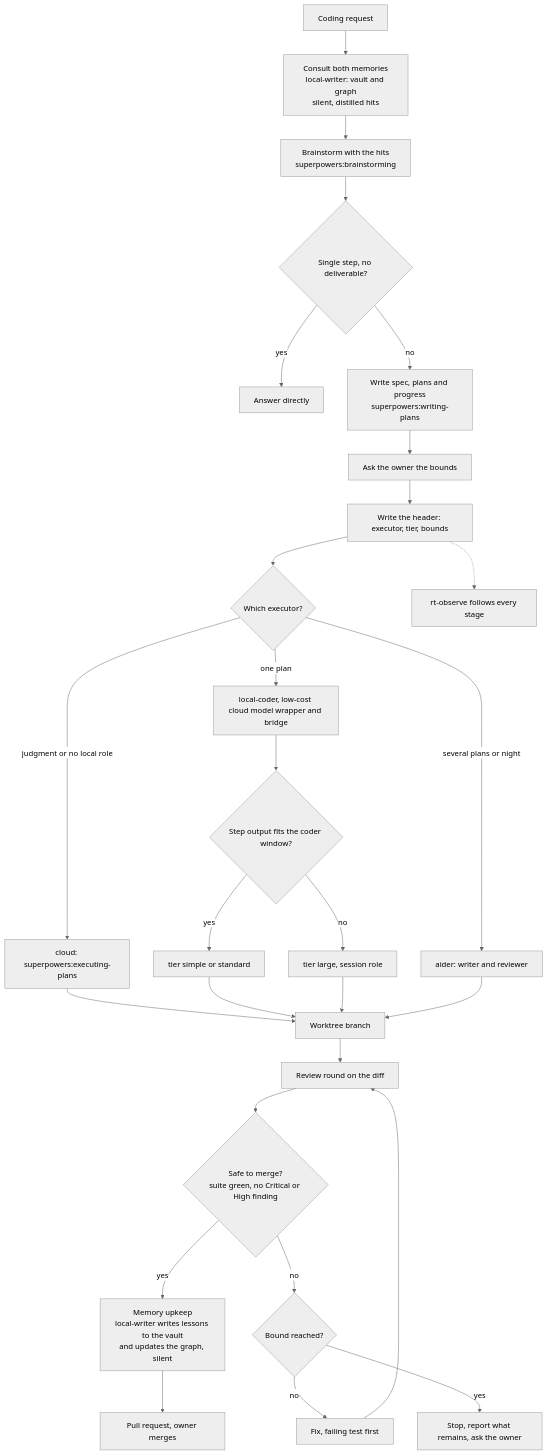
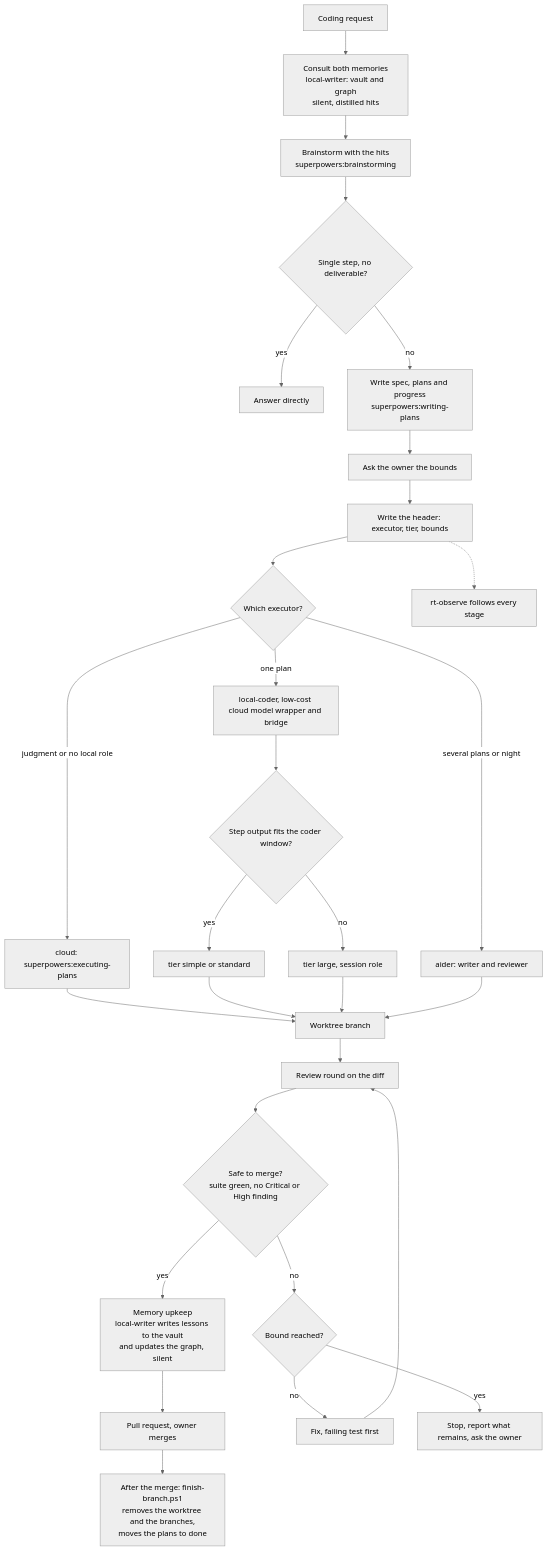
Before and after one commit to LARi-UQAC/ResearchTools: the diagram in docs/manual/diagrams/local-coding-flow.mmd, drawn with Mermaid (neutral theme). The commit also changed 5 other files, not shown here.

First line of the commit message:
docs(manual): run-all-checks in the update procedure, finish-branch in the flow

```diff
--- a/docs/manual/diagrams/local-coding-flow.mmd
+++ b/docs/manual/diagrams/local-coding-flow.mmd
@@ -1,27 +1,28 @@
 flowchart TD
     A0["Coding request"] --> X["Consult both memories<br/>local-writer: vault and graph<br/>silent, distilled hits"]
     X --> A["Brainstorm with the hits<br/>superpowers:brainstorming"]
     A --> B{Single step, no deliverable?}
     B -- yes --> C[Answer directly]
     B -- no --> D["Write spec, plans and progress<br/>superpowers:writing-plans"]
     D --> E[Ask the owner the bounds]
     E --> F[Write the header: executor, tier, bounds]
     F --> G{Which executor?}
     G -- judgment or no local role --> H["cloud: superpowers:executing-plans"]
     G -- one plan --> J[local-coder, low-cost cloud model wrapper and bridge]
     J --> K{Step output fits the coder window?}
     K -- yes --> L[tier simple or standard]
     K -- no --> M[tier large, session role]
     G -- several plans or night --> N[aider: writer and reviewer]
     H --> O[Worktree branch]
     L --> O
     M --> O
     N --> O
     O --> P[Review round on the diff]
     P --> Q{"Safe to merge?<br/>suite green, no Critical or High finding"}
     Q -- yes --> Y["Memory upkeep<br/>local-writer writes lessons to the vault<br/>and updates the graph, silent"]
     Y --> R[Pull request, owner merges]
+    R --> Z["After the merge: finish-branch.ps1<br/>removes the worktree and the branches,<br/>moves the plans to done"]
     Q -- no --> S{Bound reached?}
     S -- no --> T[Fix, failing test first] --> P
     S -- yes --> U[Stop, report what remains, ask the owner]
     F -.-> V[rt-observe follows every stage]
```
